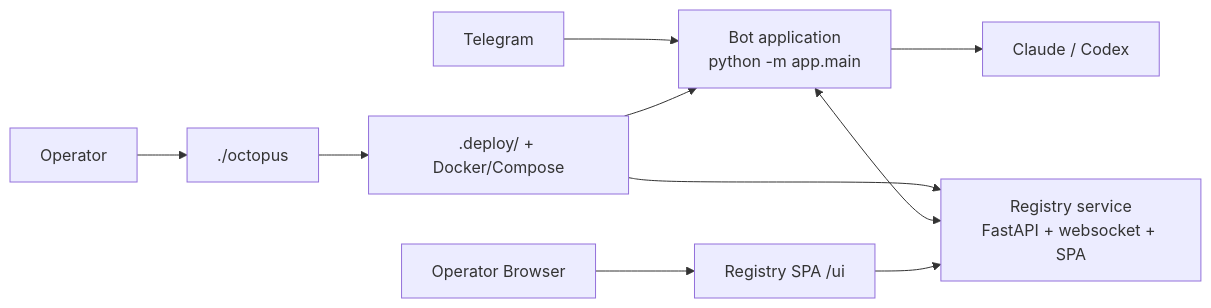
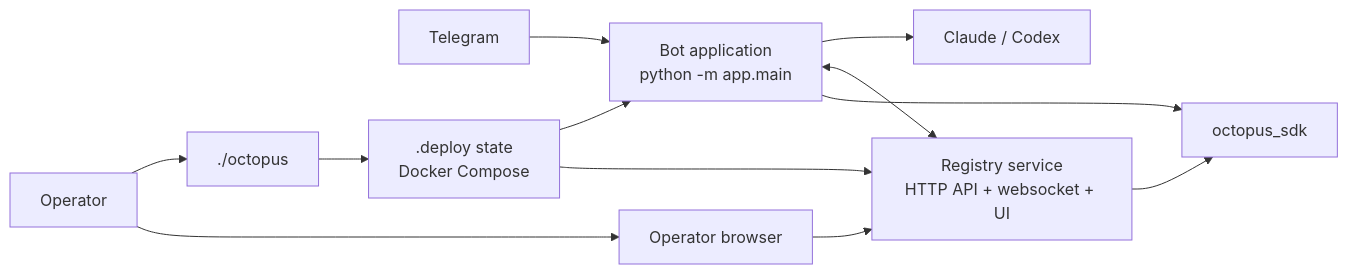
The first of 7 diagrams in ARCHITECTURE.md (privacynow/octopus), drawn with Mermaid before and after one commit. The commit also changed other lines of this file, not shown here.

````diff
--- a/ARCHITECTURE.md
+++ b/ARCHITECTURE.md
@@ -18,14 +18,16 @@
 ```mermaid
 flowchart LR
     Operator["Operator"] --> CLI["./octopus"]
-    Browser["Operator Browser"] --> UI["Registry SPA /ui"]
+    Operator --> Browser["Operator browser"]
     Telegram["Telegram"] --> Bot["Bot application<br/>python -m app.main"]
 
-    CLI --> Deploy[".deploy/ + Docker/Compose"]
+    CLI --> Deploy[".deploy state<br/>Docker Compose"]
     Deploy --> Bot
-    Deploy --> Registry["Registry service<br/>FastAPI + websocket + SPA"]
+    Deploy --> Registry["Registry service<br/>HTTP API + websocket + UI"]
 
+    Browser --> Registry
     Bot --> Provider["Claude / Codex"]
     Bot <--> Registry
-    UI --> Registry
+    Bot --> SDK["octopus_sdk"]
+    Registry --> SDK
 ```
````
